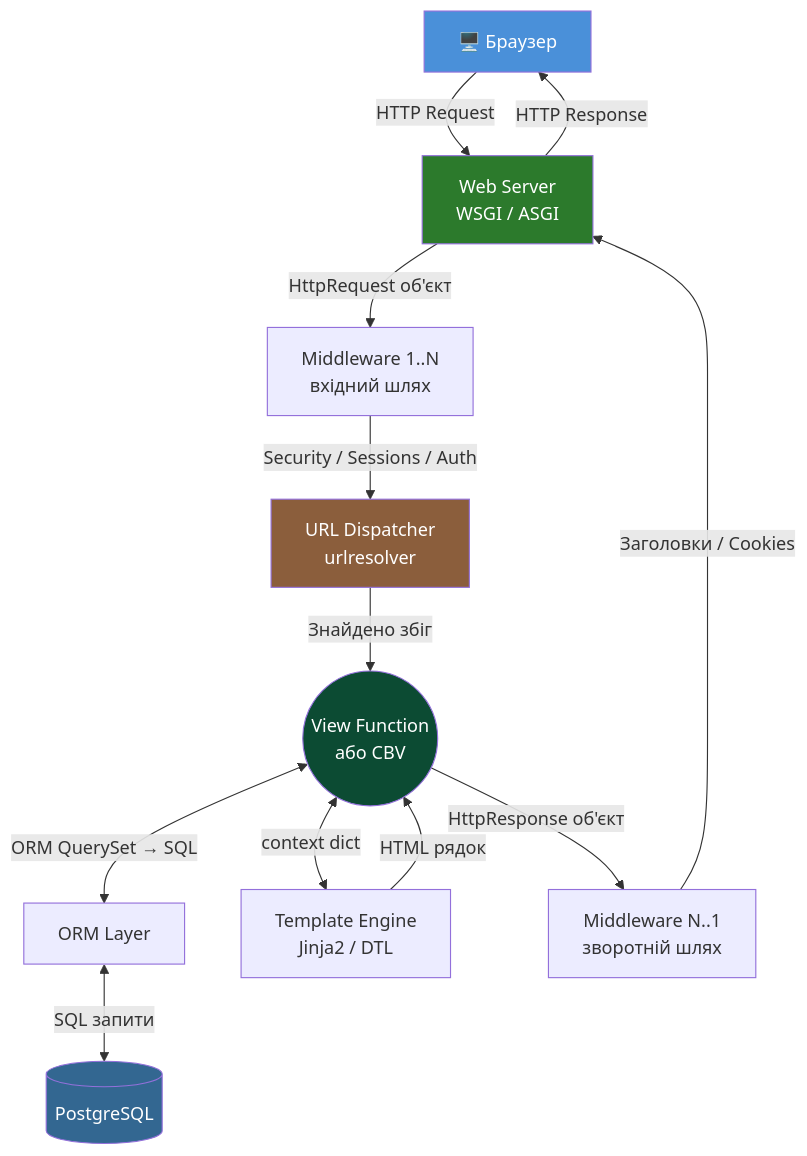
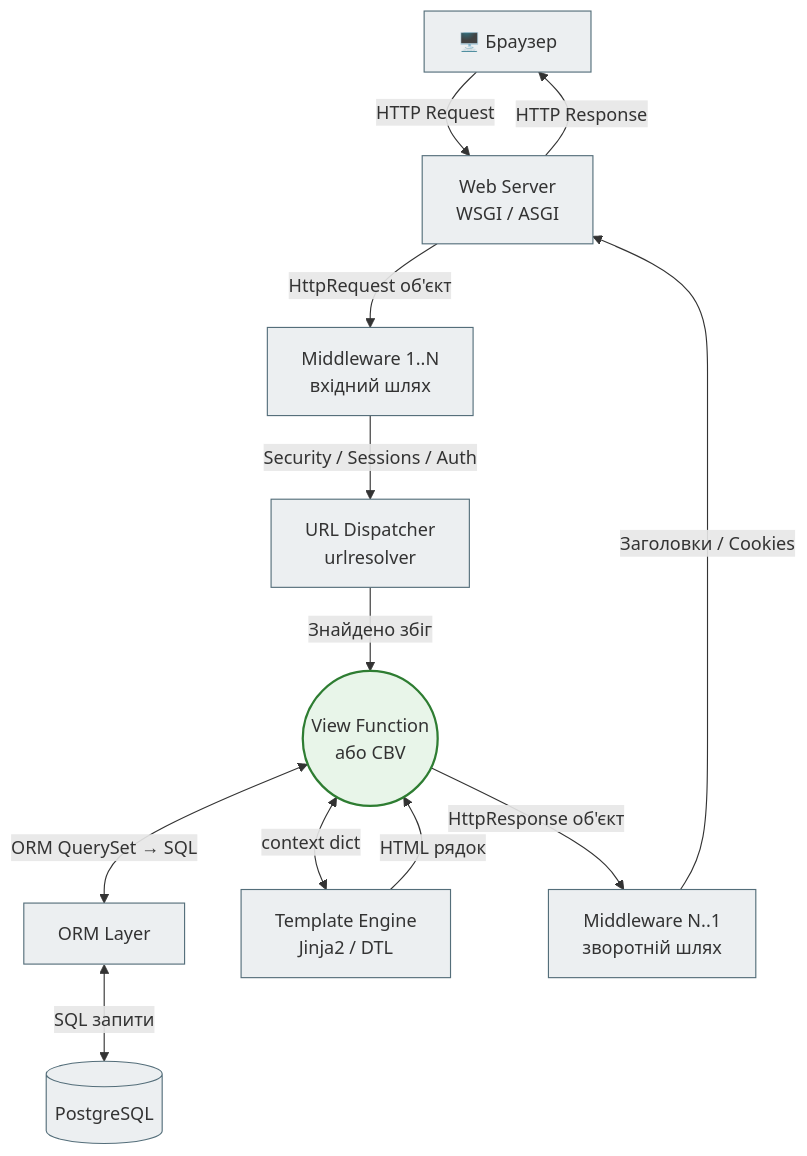
The first of 19 diagrams in docs/02_django_core/django_mermaid_full.md (NikoriakViktot/notes_chat_app), drawn with Mermaid before and after one commit. The commit also changed other lines of this file and 441 other files, not shown here.

First line of the commit message:
Add English version of the book, Mermaid standard, docs fixes

````diff
--- a/docs/02_django_core/django_mermaid_full.md
+++ b/docs/02_django_core/django_mermaid_full.md
@@ -9,20 +9,19 @@
 ```mermaid
 graph TD
-    Browser[🖥️ Браузер] -->|HTTP Request| WebServer[Web Server\nWSGI / ASGI]
-    WebServer -->|HttpRequest об'єкт| MW_IN[Middleware 1..N\nвхідний шлях]
-    MW_IN -->|Security / Sessions / Auth| URLDisp[URL Dispatcher\nurlresolver]
-    URLDisp -->|Знайдено збіг| View((View Function\nабо CBV))
+    Browser[🖥️ Браузер] -->|HTTP Request| WebServer["Web Server<br>WSGI / ASGI"]
+    WebServer -->|HttpRequest об'єкт| MW_IN["Middleware 1..N<br>вхідний шлях"]
+    MW_IN -->|Security / Sessions / Auth| URLDisp["URL Dispatcher<br>urlresolver"]
+    URLDisp -->|Знайдено збіг| View(("View Function<br>або CBV"))
     View <-->|ORM QuerySet → SQL| ORM[ORM Layer]
     ORM <-->|SQL запити| DB[(PostgreSQL)]
-    View <-->|context dict| Tmpl[Template Engine\nJinja2 / DTL]
+    View <-->|context dict| Tmpl["Template Engine<br>Jinja2 / DTL"]
     Tmpl -->|HTML рядок| View
-    View -->|HttpResponse об'єкт| MW_OUT[Middleware N..1\nзворотній шлях]
+    View -->|HttpResponse об'єкт| MW_OUT["Middleware N..1<br>зворотній шлях"]
     MW_OUT -->|Заголовки / Cookies| WebServer
     WebServer -->|HTTP Response| Browser
 
-    style Browser fill:#4A90D9,color:#fff
-    style WebServer fill:#2C7A2C,color:#fff
-    style URLDisp fill:#8B5E3C,color:#fff
-    style View fill:#0C4B33,color:#fff
-    style DB fill:#336791,color:#fff
+    classDef step     fill:#eceff1,stroke:#546e7a,stroke-width:1px;
+    classDef success  fill:#e8f5e9,stroke:#2e7d32,stroke-width:2px;
+    class Browser,WebServer,MW_IN,MW_OUT,URLDisp,ORM,Tmpl,DB step;
+    class View success;
 ```
````
